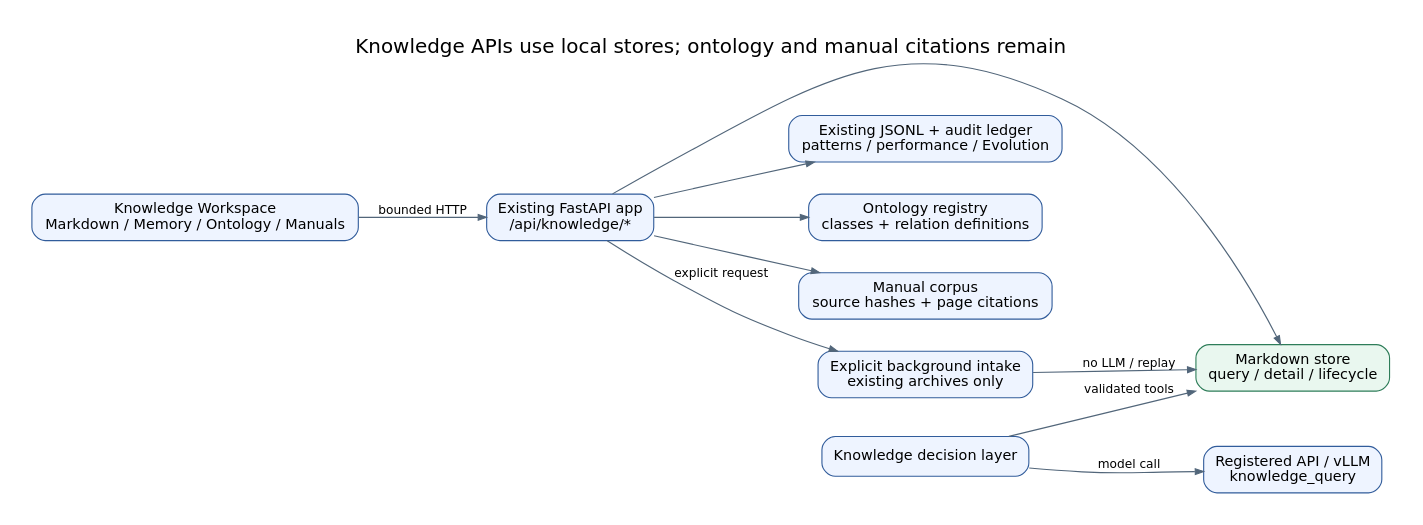
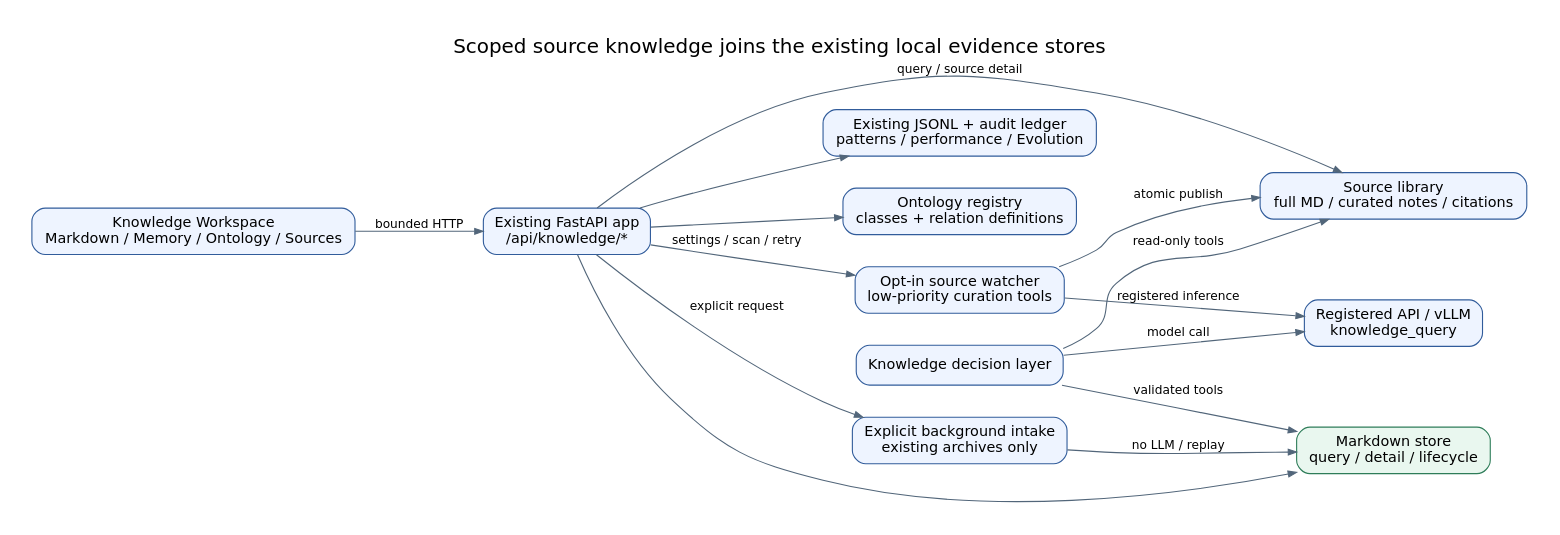
The diagram in docs/agents/assets/figures/knowledge_03_api_connection_architecture.dot (JIN9811/autonomous_researcher), drawn with Graphviz before and after one commit. The commit also changed 42 other files, not shown here.

Commit message:
feat(knowledge): curate source inbox into scoped Markdown knowledge

```diff
--- a/docs/agents/assets/figures/knowledge_03_api_connection_architecture.dot
+++ b/docs/agents/assets/figures/knowledge_03_api_connection_architecture.dot
@@ -1,23 +1,28 @@
 digraph knowledge_api_connection_architecture {
-  graph [rankdir=LR, bgcolor="white", pad="0.3", nodesep="0.4", ranksep="0.5", fontname="DejaVu Sans", fontsize=18, label="Knowledge APIs use local stores; ontology and manual citations remain", labelloc=t];
+  graph [rankdir=LR, bgcolor="white", pad="0.3", nodesep="0.4", ranksep="0.5", fontname="DejaVu Sans", fontsize=18, label="Scoped source knowledge joins the existing local evidence stores", labelloc=t];
   node [shape=box, style="rounded,filled", fillcolor="#EEF4FF", color="#315C9B", fontname="DejaVu Sans", fontsize=13, margin="0.12,0.1"];
   edge [color="#52667A", fontname="DejaVu Sans", fontsize=11, arrowsize=0.75];
-  ui [label="Knowledge Workspace\nMarkdown / Memory / Ontology / Manuals"];
+  ui [label="Knowledge Workspace\nMarkdown / Memory / Ontology / Sources"];
   api [label="Existing FastAPI app\n/api/knowledge/*"];
   md [label="Markdown store\nquery / detail / lifecycle", fillcolor="#E9F7EF", color="#2E7D59"];
   typed [label="Existing JSONL + audit ledger\npatterns / performance / Evolution"];
   ontology [label="Ontology registry\nclasses + relation definitions"];
-  manuals [label="Manual corpus\nsource hashes + page citations"];
+  sources [label="Source library\nfull MD / curated notes / citations"];
+  watcher [label="Opt-in source watcher\nlow-priority curation tools"];
   jobs [label="Explicit background intake\nexisting archives only"];
   agent [label="Knowledge decision layer"];
   model [label="Registered API / vLLM\nknowledge_query"];
   ui -> api [label="bounded HTTP"];
   api -> md;
   api -> typed;
   api -> ontology;
-  api -> manuals;
+  api -> sources [label="query / source detail"];
+  api -> watcher [label="settings / scan / retry"];
+  watcher -> model [label="registered inference"];
+  watcher -> sources [label="atomic publish"];
+  agent -> sources [label="read-only tools"];
   api -> jobs [label="explicit request"];
   jobs -> md [label="no LLM / replay"];
   agent -> model [label="model call"];
   agent -> md [label="validated tools"];
 }
```
